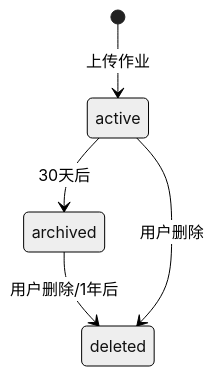
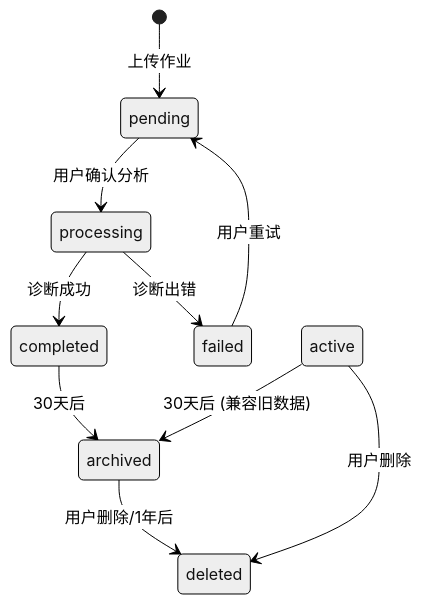
One commit to urn333/savefool changed the third of 4 diagrams in docs/03-数据模型设计.md. Above: the diagram before and after it, drawn with Mermaid (neutral theme). The commit also changed other lines of this file and 5 other files, not shown here.

````diff
--- a/docs/03-数据模型设计.md
+++ b/docs/03-数据模型设计.md
@@ -683,7 +696,12 @@
 ```mermaid
 stateDiagram-v2
-    [*] --> active: 上传作业
-    active --> archived: 30天后
+    [*] --> pending: 上传作业
+    pending --> processing: 用户确认分析
+    processing --> completed: 诊断成功
+    processing --> failed: 诊断出错
+    failed --> pending: 用户重试
+    completed --> archived: 30天后
     archived --> deleted: 用户删除/1年后
+    active --> archived: 30天后 (兼容旧数据)
     active --> deleted: 用户删除
 ```
````
